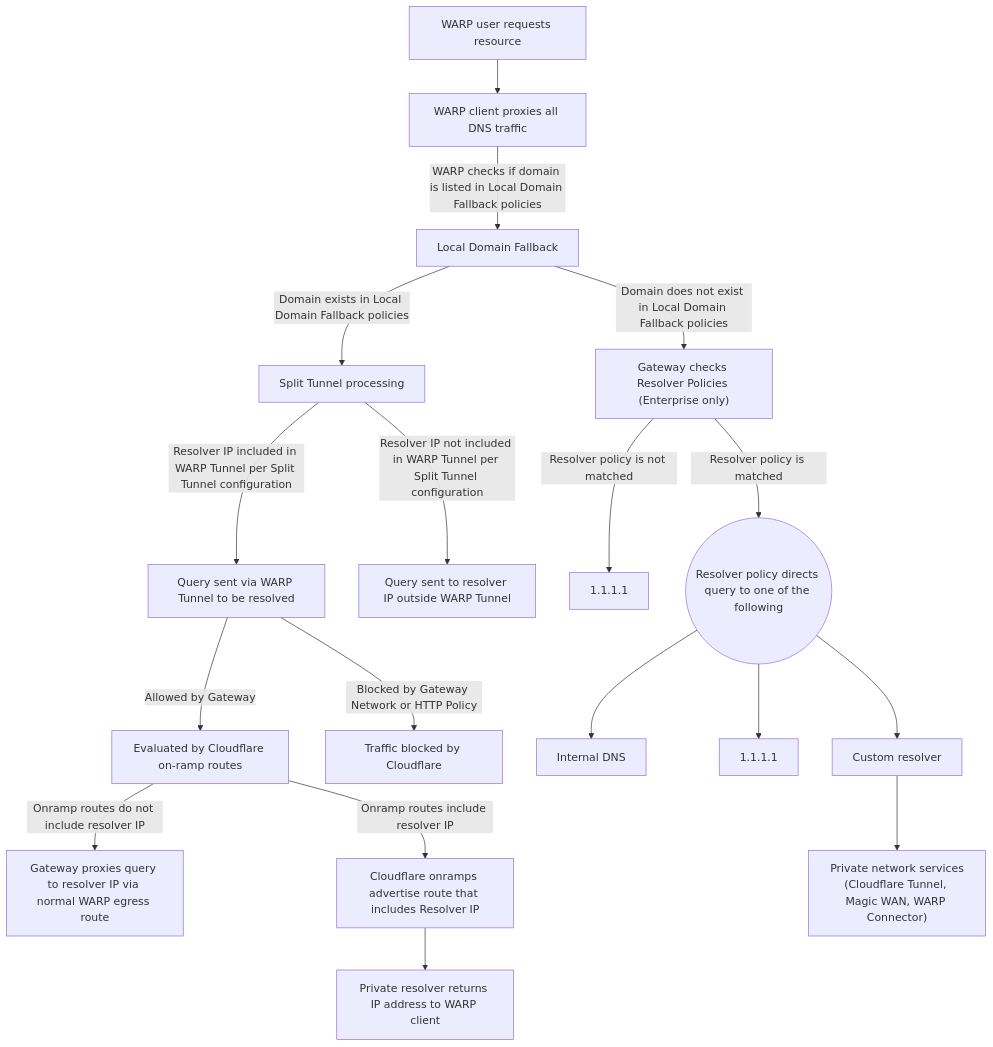
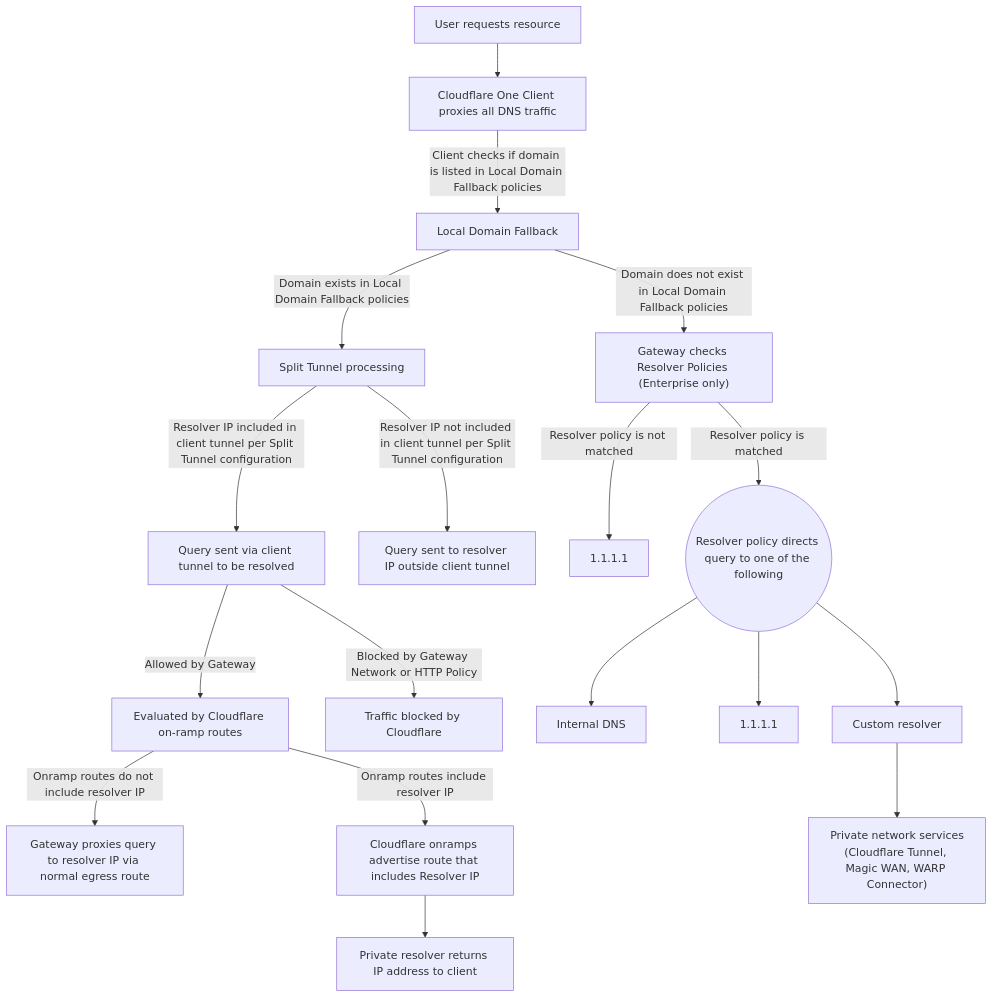
The diagram in src/content/docs/cloudflare-one/team-and-resources/devices/cloudflare-one-client/configure-cloudflare-one-client/route-traffic/index.mdx (cloudflare/cloudflare-docs), drawn with Mermaid before and after one commit. The commit also changed other lines of this file and 3 other files, not shown here.

Commit message:
Rename WARP Client to Cloudflare One Client (Batch 7: route-traffic folder content updates)

````diff
--- a/src/content/docs/cloudflare-one/team-and-resources/devices/cloudflare-one-client/configure-cloudflare-one-client/route-traffic/index.mdx
+++ b/src/content/docs/cloudflare-one/team-and-resources/devices/cloudflare-one-client/configure-cloudflare-one-client/route-traffic/index.mdx
@@ -30,30 +30,30 @@
 ```mermaid
 flowchart TD
-    A["WARP user requests resource"] --> B["WARP client proxies all DNS traffic"]
-    B -- WARP checks if domain is listed in Local Domain Fallback policies --> C["Local Domain Fallback"]
+    A["User requests resource"] --> B["Cloudflare One Client proxies all DNS traffic"]
+    B -- Client checks if domain is listed in Local Domain Fallback policies --> C["Local Domain Fallback"]
 
     %% Left branch (LDF exists)
     C -- Domain exists in Local Domain Fallback policies --> ST["Split Tunnel processing"]
 
-    ST -- Resolver IP included in WARP Tunnel per Split Tunnel configuration --> QW["Query sent via WARP Tunnel to be resolved"]
-    ST -- Resolver IP not included in WARP Tunnel per Split Tunnel configuration --> QO["Query sent to resolver IP outside WARP Tunnel"]
+    ST -- Resolver IP included in client tunnel per Split Tunnel configuration --> QW["Query sent via client tunnel to be resolved"]
+    ST -- Resolver IP not included in client tunnel per Split Tunnel configuration --> QO["Query sent to resolver IP outside client tunnel"]
 
-    %% Gateway evaluation after query via WARP
+    %% Gateway evaluation after query via client
     QW -- Allowed by Gateway --> OR["Evaluated by Cloudflare on-ramp routes"]
     QW -- Blocked by Gateway Network or HTTP Policy --> BLK["Traffic blocked by Cloudflare"]
 
-    OR -- Onramp routes do not include resolver IP --> GP["Gateway proxies query to resolver IP via normal WARP egress route"]
+    OR -- Onramp routes do not include resolver IP --> GP["Gateway proxies query to resolver IP via normal egress route"]
     OR -- Onramp routes include resolver IP --> ADV["Cloudflare onramps advertise route that includes Resolver IP"]
-    ADV --> PR["Private resolver returns IP address to WARP client"]
+    ADV --> PR["Private resolver returns IP address to client"]
 
     %% Right branch (no LDF match)
     C -- Domain does not exist in Local Domain Fallback policies --> GWR["Gateway checks Resolver Policies (Enterprise only)"]
 
     GWR -- Resolver policy is not matched --> C1111a["1.1.1.1"]
 
     GWR -- Resolver policy is matched --> MATCH((Resolver policy directs query to one of the following))
     MATCH --> IDNS["Internal DNS"]
     MATCH --> C1111b["1.1.1.1"]
     MATCH --> CUST["Custom resolver"]
     CUST --> PNS["Private network services<br>(Cloudflare Tunnel, Magic WAN, WARP Connector)"]
 ```
````
